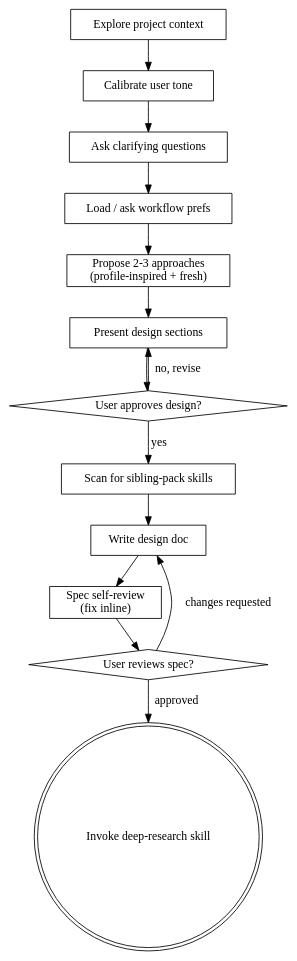
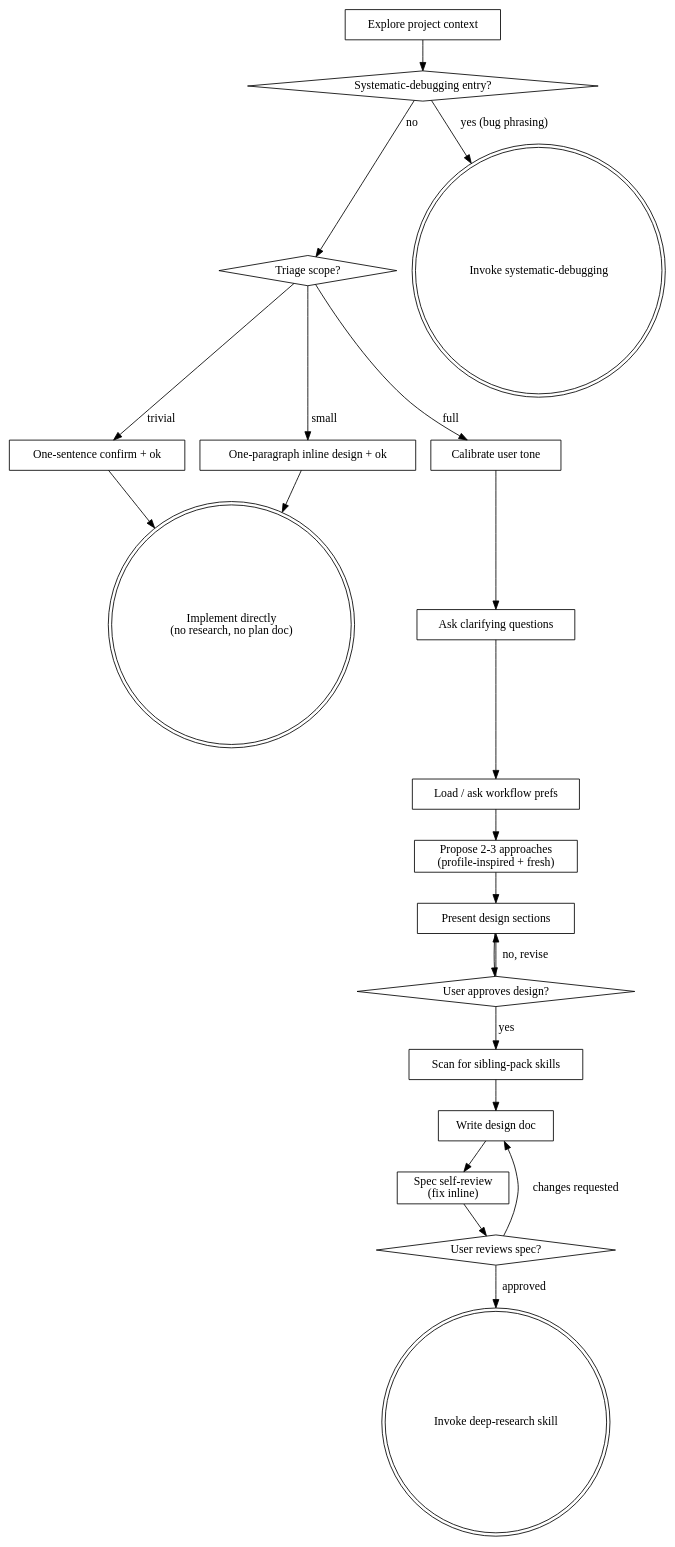
Before and after one commit to ennio-datatide/ultrapowers: the diagram in skills/brainstorming/SKILL.md, drawn with Graphviz. The commit also changed other lines of this file and 2 other files, not shown here.

````diff
--- a/skills/brainstorming/SKILL.md
+++ b/skills/brainstorming/SKILL.md
@@ -38,30 +45,43 @@
 ```dot
 digraph brainstorming {
     "Explore project context" [shape=box];
+    "Triage scope?" [shape=diamond];
+    "Systematic-debugging entry?" [shape=diamond];
+    "Invoke systematic-debugging" [shape=doublecircle];
+    "One-sentence confirm + ok" [shape=box];
+    "One-paragraph inline design + ok" [shape=box];
     "Calibrate user tone" [shape=box];
     "Ask clarifying questions" [shape=box];
     "Load / ask workflow prefs" [shape=box];
     "Propose 2-3 approaches\n(profile-inspired + fresh)" [shape=box];
     "Present design sections" [shape=box];
     "User approves design?" [shape=diamond];
     "Scan for sibling-pack skills" [shape=box];
     "Write design doc" [shape=box];
     "Spec self-review\n(fix inline)" [shape=box];
     "User reviews spec?" [shape=diamond];
     "Invoke deep-research skill" [shape=doublecircle];
+    "Implement directly\n(no research, no plan doc)" [shape=doublecircle];
 
-    "Explore project context" -> "Calibrate user tone";
+    "Explore project context" -> "Systematic-debugging entry?";
+    "Systematic-debugging entry?" -> "Invoke systematic-debugging" [label="yes (bug phrasing)"];
+    "Systematic-debugging entry?" -> "Triage scope?" [label="no"];
+    "Triage scope?" -> "One-sentence confirm + ok" [label="trivial"];
+    "Triage scope?" -> "One-paragraph inline design + ok" [label="small"];
+    "Triage scope?" -> "Calibrate user tone" [label="full"];
+    "One-sentence confirm + ok" -> "Implement directly\n(no research, no plan doc)";
+    "One-paragraph inline design + ok" -> "Implement directly\n(no research, no plan doc)";
     "Calibrate user tone" -> "Ask clarifying questions";
     "Ask clarifying questions" -> "Load / ask workflow prefs";
     "Load / ask workflow prefs" -> "Propose 2-3 approaches\n(profile-inspired + fresh)";
     "Propose 2-3 approaches\n(profile-inspired + fresh)" -> "Present design sections";
     "Present design sections" -> "User approves design?";
     "User approves design?" -> "Present design sections" [label="no, revise"];
     "User approves design?" -> "Scan for sibling-pack skills" [label="yes"];
     "Scan for sibling-pack skills" -> "Write design doc";
     "Write design doc" -> "Spec self-review\n(fix inline)";
     "Spec self-review\n(fix inline)" -> "User reviews spec?";
     "User reviews spec?" -> "Write design doc" [label="changes requested"];
     "User reviews spec?" -> "Invoke deep-research skill" [label="approved"];
 }
 ```
````
